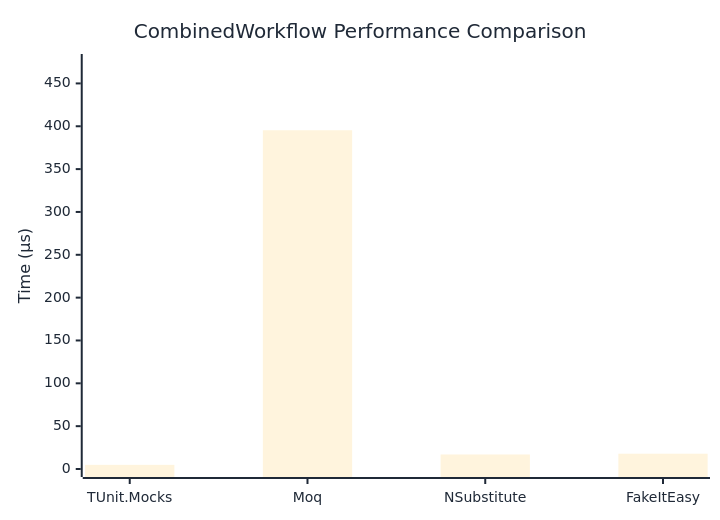
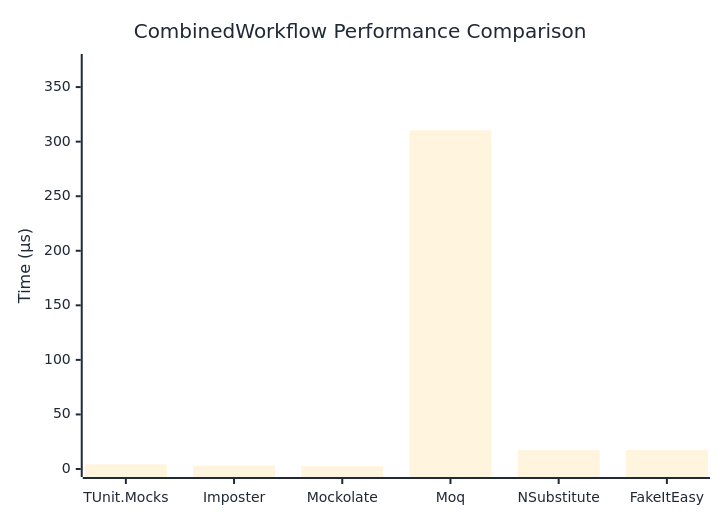
Before and after one commit to thomhurst/TUnit: the diagram in docs/docs/benchmarks/mocks/CombinedWorkflow.md, drawn with Mermaid. The commit also changed other lines of this file and 13 other files, not shown here.

````diff
--- a/docs/docs/benchmarks/mocks/CombinedWorkflow.md
+++ b/docs/docs/benchmarks/mocks/CombinedWorkflow.md
@@ -28,27 +30,27 @@
 ```mermaid
 %%{init: {
   'theme':'base',
   'themeVariables': {
     'primaryColor': '#2563eb',
     'primaryTextColor': '#1f2937',
     'primaryBorderColor': '#1e40af',
     'lineColor': '#6b7280',
     'secondaryColor': '#7c3aed',
     'tertiaryColor': '#dc2626',
     'background': '#ffffff',
     'pie1': '#2563eb',
     'pie2': '#7c3aed',
     'pie3': '#dc2626',
     'pie4': '#f59e0b',
     'pie5': '#10b981',
     'pie6': '#06b6d4',
     'pie7': '#ec4899',
     'pie8': '#6366f1'
   }
 }}%%
 xychart-beta
   title "CombinedWorkflow Performance Comparison"
-  x-axis ["TUnit.Mocks", "Moq", "NSubstitute", "FakeItEasy"]
-  y-axis "Time (μs)" 0 --> 475
-  bar [4.857, 395.343, 16.945, 17.849]
+  x-axis ["TUnit.Mocks", "Imposter", "Mockolate", "Moq", "NSubstitute", "FakeItEasy"]
+  y-axis "Time (μs)" 0 --> 373
+  bar [4.264, 3.099, 2.546, 310.498, 17.483, 17.466]
 ```
````
